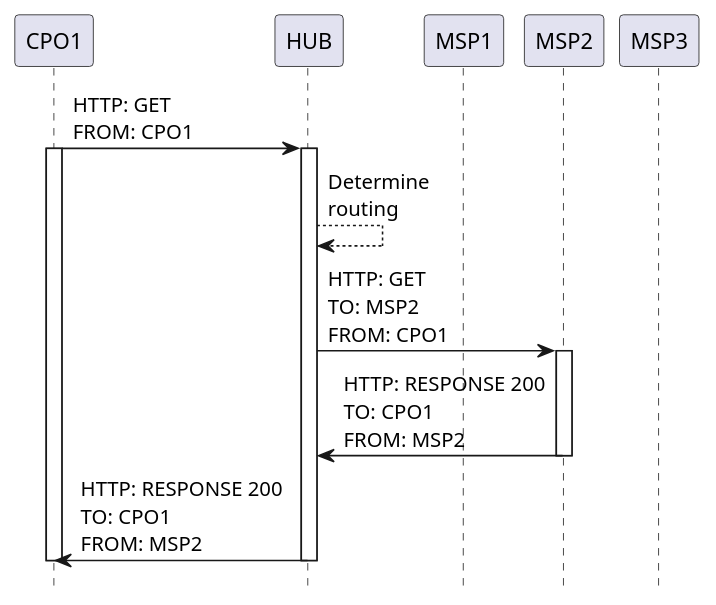
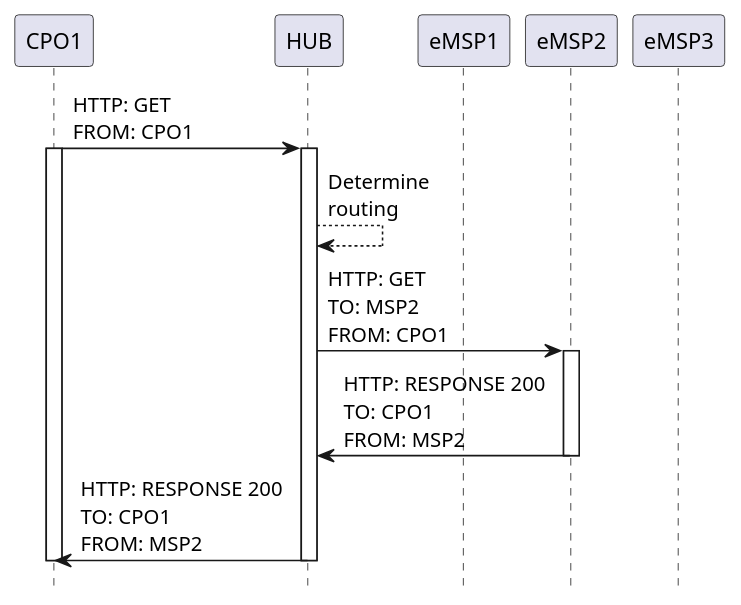
The diagram in plantuml/sd_get_openrouting.plantuml (ocpi/ocpi), drawn with PlantUML before and after one commit. The commit also changed 10 other files, not shown here.

```diff
--- a/plantuml/sd_get_openrouting.plantuml
+++ b/plantuml/sd_get_openrouting.plantuml
@@ -1,23 +1,23 @@
 @startuml
 skinparam dpi 100
 hide footbox
 
 participant "CPO1" as CPO1
 participant "HUB" as HUB
-participant "MSP1" as MSP1
-participant "MSP2" as MSP2
-participant "MSP3" as MSP3
+participant "eMSP1" as MSP1
+participant "eMSP2" as MSP2
+participant "eMSP3" as MSP3
 
 CPO1 -> HUB: HTTP: GET\nFROM: CPO1
 activate CPO1
 activate HUB
 HUB --> HUB: Determine\nrouting
 HUB -> MSP2: HTTP: GET\nTO: MSP2\nFROM: CPO1
 activate MSP2
 MSP2 -> HUB: HTTP: RESPONSE 200\nTO: CPO1\nFROM: MSP2
 deactivate MSP2
 HUB -> CPO1: HTTP: RESPONSE 200\nTO: CPO1\nFROM: MSP2
 deactivate CPO1
 
 deactivate HUB
 @enduml
```
